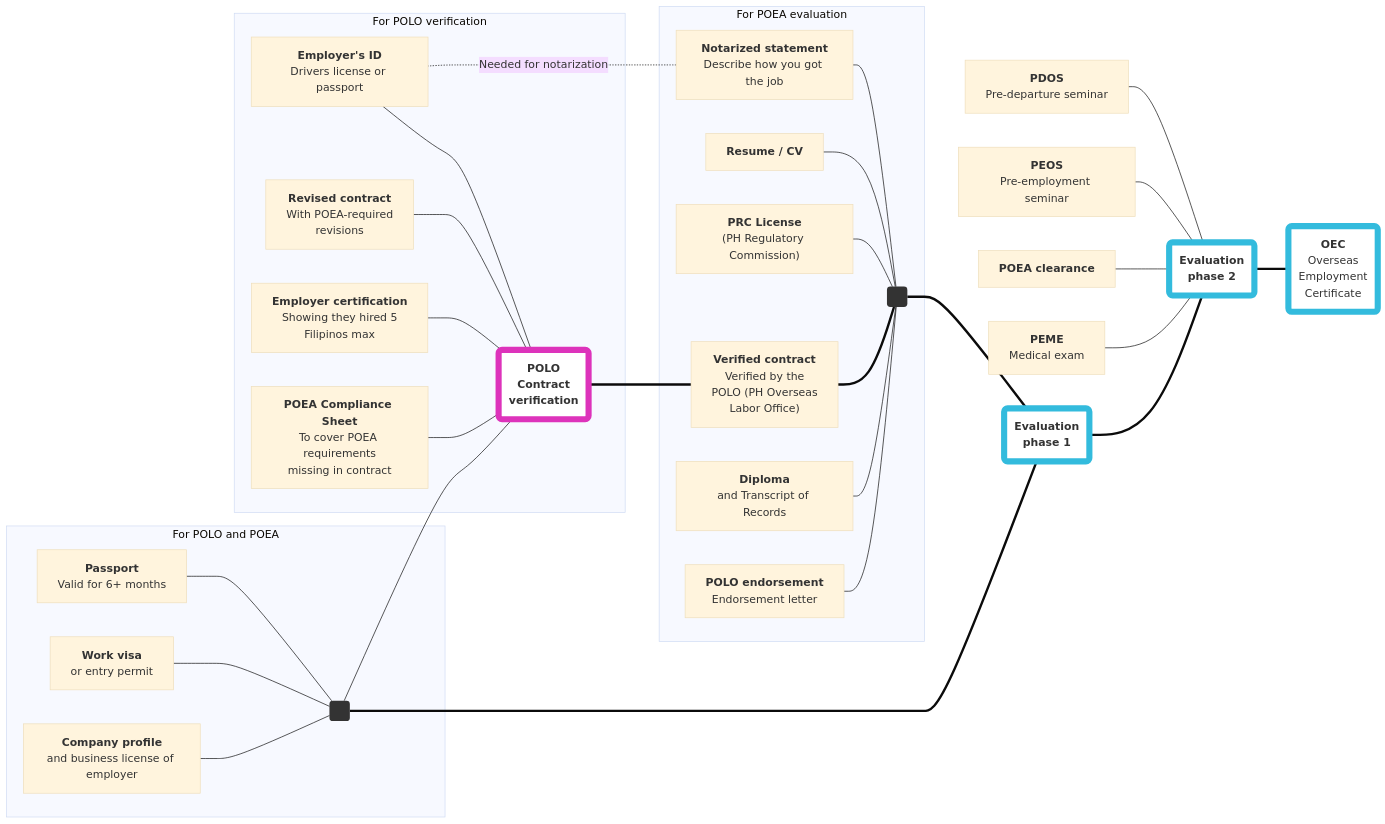
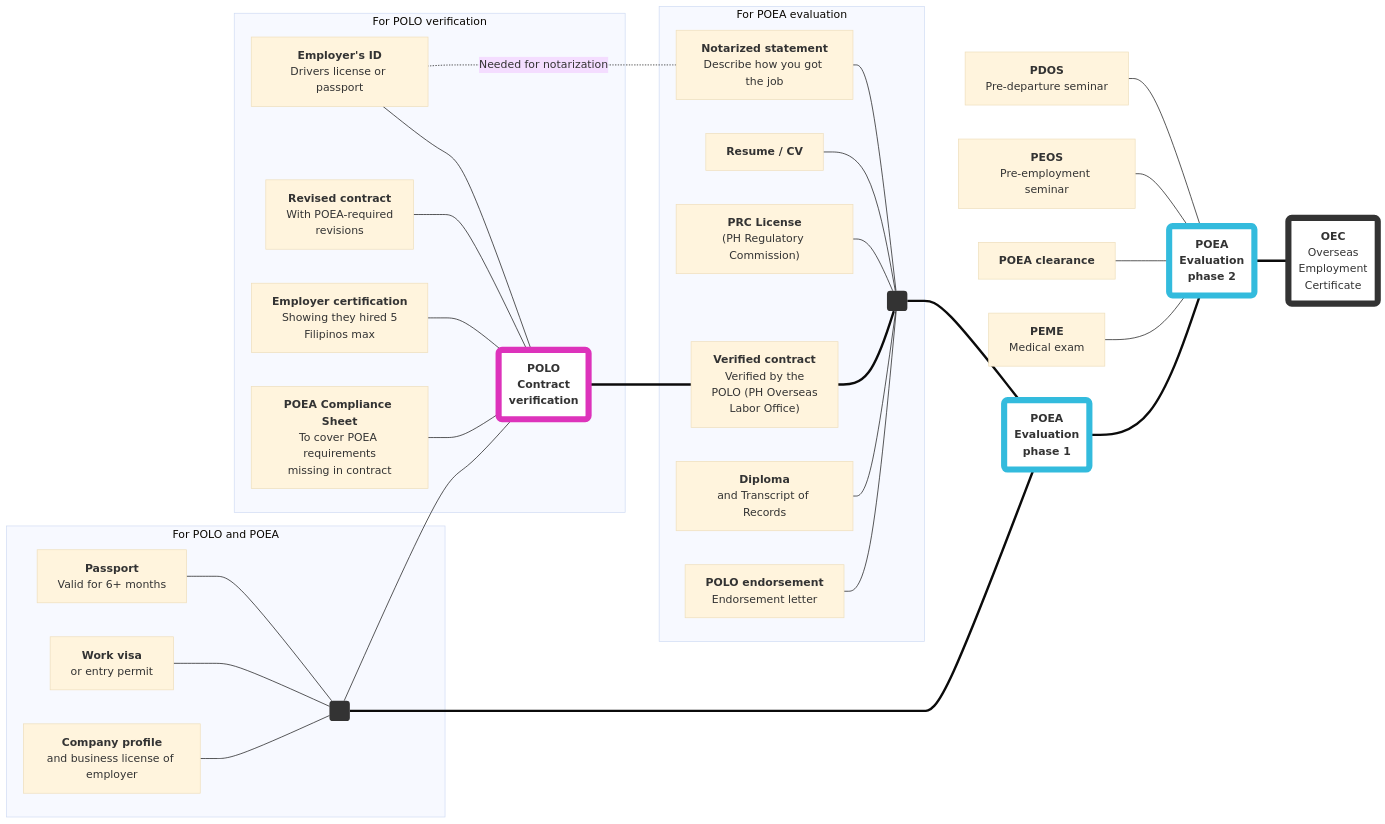
The diagram in docs/direct_hire_evaluation.md (rstacruz/oec-guide), drawn with Mermaid (base theme) before and after one commit.

````diff
--- a/docs/direct_hire_evaluation.md
+++ b/docs/direct_hire_evaluation.md
@@ -7,80 +7,80 @@
 ```mermaid
 graph RL
 OEC("<b>OEC</b><br>Overseas<br>Employment<br>Certificate")
-EVAL1(<b>Evaluation<br>phase 1</b>)
-EVAL2(<b>Evaluation<br>phase 2</b>)
+EVAL1(<b>POEA<br>Evaluation<br>phase 1</b>)
+EVAL2(<b>POEA<br>Evaluation<br>phase 2</b>)
 PDOS[<b>PDOS</b><br>Pre-departure seminar]
 PEOS[<b>PEOS</b><br>Pre-employment seminar]
 CLEARANCE[<b>POEA clearance</b>]
 
 PEME[<b>PEME</b><br>Medical exam]
 click PEME "./medical_exam.html" "Medical exam"
 
 CONTRACT(<b>POLO<br>Contract<br>verification</b>)
 VERIFIED["<b>Verified contract</b><br>Verified by the<br>POLO (PH Overseas<br>Labor Office)"]
 click VERIFIED "./polo_verification.html" "Verified contract"
 REVISED["<b>Revised contract</b><br>With POEA-required<br>revisions"]
 click REVISED "./employment_standards.html" "Revised contract"
 CERTIFICATION["<b>Employer certification</b><br>Showing they hired 5<br>Filipinos max"]
 COMPLIANCE["<b>POEA Compliance Sheet</b><br>To cover POEA requirements<br>missing in contract"]
 
 ODOCS(" ")
 PASSPORT["<b>Passport</b><br>Valid for 6+ months"]
 VISA["<b>Work visa</b><br>or entry permit"]
 
 ENDORSEMENT["<b>POLO endorsement</b><br>Endorsement letter"]
 click ENDORSEMENT "./polo_endorsement.html" "POLO endorsement"
 STATEMENT["<b>Notarized statement</b><br>Describe how you got the job"]
 EMPLOYERID["<b>Employer's ID</b><br>Drivers license or passport"]
 
 JOBDOCS(" ")
 CV["<b>Resume / CV</b>"]
 PRC["<b>PRC License</b><br>(PH Regulatory Commission)"]
 DIPLOMA["<b>Diploma</b><br>and Transcript of Records"]
 PROFILE["<b>Company profile</b><br>and business license of employer"]
 
 OEC === EVAL2
 
 EVAL2 --- PDOS
 EVAL2 --- PEOS
 EVAL2 --- CLEARANCE
 EVAL2 --- PEME
 
 EVAL2 === EVAL1
 EVAL1 === JOBDOCS
 EVAL1 === ODOCS
 VERIFIED === CONTRACT
 
 subgraph For POEA evaluation
 JOBDOCS --- STATEMENT
 JOBDOCS --- CV
 JOBDOCS --- PRC
 JOBDOCS === VERIFIED
 JOBDOCS --- DIPLOMA
 JOBDOCS --- ENDORSEMENT
 end
 
 subgraph For POLO and POEA
 ODOCS --- PASSPORT
 ODOCS --- VISA
 ODOCS --- PROFILE
 end
 
 subgraph For POLO verification
 CONTRACT --- EMPLOYERID
 CONTRACT --- REVISED
 CONTRACT --- CERTIFICATION
 CONTRACT --- COMPLIANCE
 end
 
 CONTRACT --- ODOCS
 STATEMENT -.- |Needed for notarization| EMPLOYERID
 
-style OEC fill:#fff,stroke:#3bd,stroke-width:9px
+style OEC fill:#fff,stroke:#333,stroke-width:9px
 style EVAL1 fill:#fff,stroke:#3bd,stroke-width:9px
 style EVAL2 fill:#fff,stroke:#3bd,stroke-width:9px
 style CONTRACT fill:#fff,stroke:#d3b,stroke-width:9px
 
 style ODOCS fill:#333,stroke-width:0
 style JOBDOCS fill:#333,stroke-width:0
 ```
````
